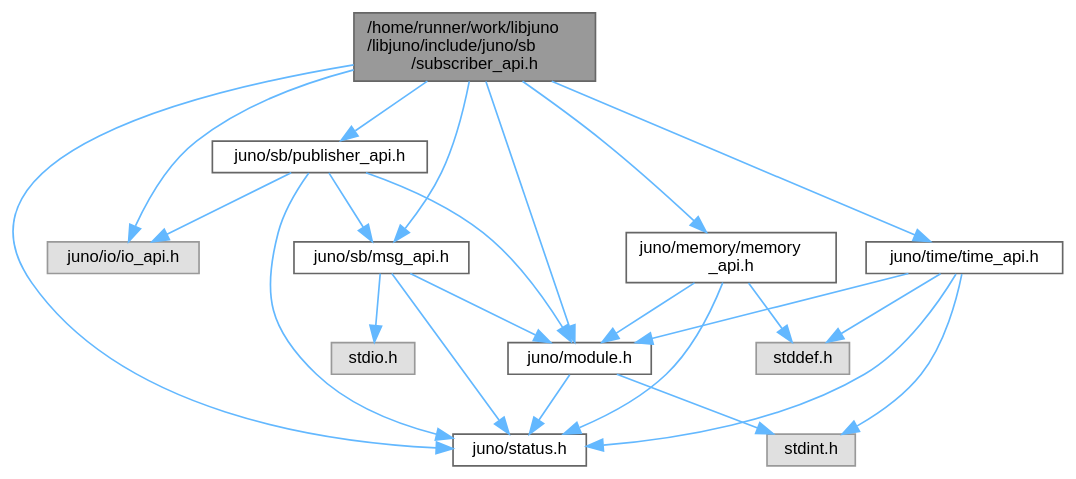
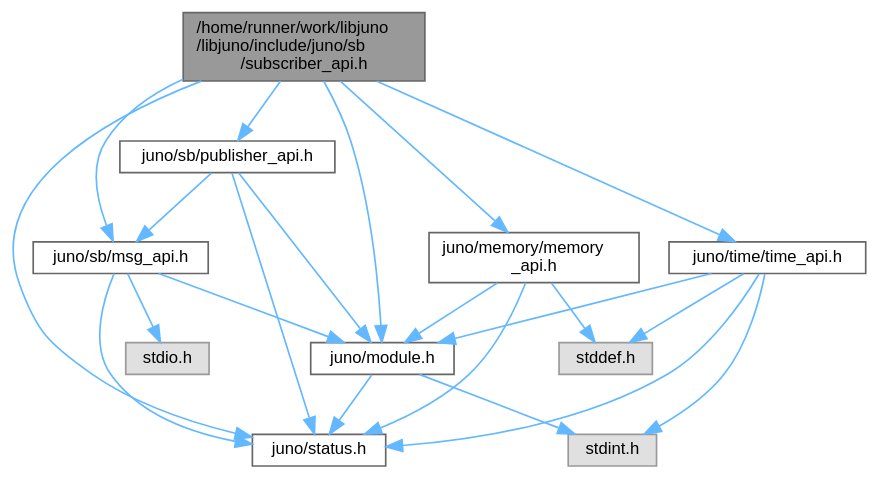
Before and after one commit to robinonsay/libjuno: the diagram in subscriber__api_8h__incl.dot, drawn with Graphviz. The commit also changed 199 other files, not shown here.

```diff
--- a/subscriber__api_8h__incl.dot
+++ b/subscriber__api_8h__incl.dot
@@ -1,41 +1,38 @@
 digraph "/home/runner/work/libjuno/libjuno/include/juno/sb/subscriber_api.h"
 {
  // LATEX_PDF_SIZE
   bgcolor="transparent";
   edge [fontname=Helvetica,fontsize=10,labelfontname=Helvetica,labelfontsize=10];
   node [fontname=Helvetica,fontsize=10,shape=box,height=0.2,width=0.4];
   Node1 [id="Node000001",label="/home/runner/work/libjuno\l/libjuno/include/juno/sb\l/subscriber_api.h",height=0.2,width=0.4,color="gray40", fillcolor="grey60", style="filled", fontcolor="black",tooltip=" "];
   Node1 -> Node2 [id="edge1_Node000001_Node000002",color="steelblue1",style="solid",tooltip=" "];
-  Node2 [id="Node000002",label="juno/io/io_api.h",height=0.2,width=0.4,color="grey60", fillcolor="#E0E0E0", style="filled",tooltip=" "];
-  Node1 -> Node3 [id="edge2_Node000001_Node000003",color="steelblue1",style="solid",tooltip=" "];
-  Node3 [id="Node000003",label="juno/memory/memory\l_api.h",height=0.2,width=0.4,color="grey40", fillcolor="white", style="filled",URL="$memory__api_8h.html",tooltip=" "];
-  Node3 -> Node4 [id="edge3_Node000003_Node000004",color="steelblue1",style="solid",tooltip=" "];
-  Node4 [id="Node000004",label="juno/status.h",height=0.2,width=0.4,color="grey40", fillcolor="white", style="filled",URL="$status_8h.html",tooltip=" "];
-  Node3 -> Node5 [id="edge4_Node000003_Node000005",color="steelblue1",style="solid",tooltip=" "];
-  Node5 [id="Node000005",label="juno/module.h",height=0.2,width=0.4,color="grey40", fillcolor="white", style="filled",URL="$module_8h.html",tooltip=" "];
-  Node5 -> Node4 [id="edge5_Node000005_Node000004",color="steelblue1",style="solid",tooltip=" "];
-  Node5 -> Node6 [id="edge6_Node000005_Node000006",color="steelblue1",style="solid",tooltip=" "];
-  Node6 [id="Node000006",label="stdint.h",height=0.2,width=0.4,color="grey60", fillcolor="#E0E0E0", style="filled",tooltip=" "];
-  Node3 -> Node7 [id="edge7_Node000003_Node000007",color="steelblue1",style="solid",tooltip=" "];
-  Node7 [id="Node000007",label="stddef.h",height=0.2,width=0.4,color="grey60", fillcolor="#E0E0E0", style="filled",tooltip=" "];
-  Node1 -> Node8 [id="edge8_Node000001_Node000008",color="steelblue1",style="solid",tooltip=" "];
-  Node8 [id="Node000008",label="juno/sb/msg_api.h",height=0.2,width=0.4,color="grey40", fillcolor="white", style="filled",URL="$msg__api_8h.html",tooltip=" "];
-  Node8 -> Node4 [id="edge9_Node000008_Node000004",color="steelblue1",style="solid",tooltip=" "];
-  Node8 -> Node5 [id="edge10_Node000008_Node000005",color="steelblue1",style="solid",tooltip=" "];
-  Node8 -> Node9 [id="edge11_Node000008_Node000009",color="steelblue1",style="solid",tooltip=" "];
-  Node9 [id="Node000009",label="stdio.h",height=0.2,width=0.4,color="grey60", fillcolor="#E0E0E0", style="filled",tooltip=" "];
-  Node1 -> Node10 [id="edge12_Node000001_Node000010",color="steelblue1",style="solid",tooltip=" "];
-  Node10 [id="Node000010",label="juno/sb/publisher_api.h",height=0.2,width=0.4,color="grey40", fillcolor="white", style="filled",URL="$publisher__api_8h.html",tooltip=" "];
-  Node10 -> Node2 [id="edge13_Node000010_Node000002",color="steelblue1",style="solid",tooltip=" "];
-  Node10 -> Node8 [id="edge14_Node000010_Node000008",color="steelblue1",style="solid",tooltip=" "];
-  Node10 -> Node4 [id="edge15_Node000010_Node000004",color="steelblue1",style="solid",tooltip=" "];
-  Node10 -> Node5 [id="edge16_Node000010_Node000005",color="steelblue1",style="solid",tooltip=" "];
-  Node1 -> Node4 [id="edge17_Node000001_Node000004",color="steelblue1",style="solid",tooltip=" "];
-  Node1 -> Node5 [id="edge18_Node000001_Node000005",color="steelblue1",style="solid",tooltip=" "];
-  Node1 -> Node11 [id="edge19_Node000001_Node000011",color="steelblue1",style="solid",tooltip=" "];
-  Node11 [id="Node000011",label="juno/time/time_api.h",height=0.2,width=0.4,color="grey40", fillcolor="white", style="filled",URL="$time__api_8h.html",tooltip=" "];
-  Node11 -> Node4 [id="edge20_Node000011_Node000004",color="steelblue1",style="solid",tooltip=" "];
-  Node11 -> Node5 [id="edge21_Node000011_Node000005",color="steelblue1",style="solid",tooltip=" "];
-  Node11 -> Node7 [id="edge22_Node000011_Node000007",color="steelblue1",style="solid",tooltip=" "];
-  Node11 -> Node6 [id="edge23_Node000011_Node000006",color="steelblue1",style="solid",tooltip=" "];
+  Node2 [id="Node000002",label="juno/memory/memory\l_api.h",height=0.2,width=0.4,color="grey40", fillcolor="white", style="filled",URL="$memory__api_8h.html",tooltip=" "];
+  Node2 -> Node3 [id="edge2_Node000002_Node000003",color="steelblue1",style="solid",tooltip=" "];
+  Node3 [id="Node000003",label="juno/status.h",height=0.2,width=0.4,color="grey40", fillcolor="white", style="filled",URL="$status_8h.html",tooltip=" "];
+  Node2 -> Node4 [id="edge3_Node000002_Node000004",color="steelblue1",style="solid",tooltip=" "];
+  Node4 [id="Node000004",label="juno/module.h",height=0.2,width=0.4,color="grey40", fillcolor="white", style="filled",URL="$module_8h.html",tooltip=" "];
+  Node4 -> Node3 [id="edge4_Node000004_Node000003",color="steelblue1",style="solid",tooltip=" "];
+  Node4 -> Node5 [id="edge5_Node000004_Node000005",color="steelblue1",style="solid",tooltip=" "];
+  Node5 [id="Node000005",label="stdint.h",height=0.2,width=0.4,color="grey60", fillcolor="#E0E0E0", style="filled",tooltip=" "];
+  Node2 -> Node6 [id="edge6_Node000002_Node000006",color="steelblue1",style="solid",tooltip=" "];
+  Node6 [id="Node000006",label="stddef.h",height=0.2,width=0.4,color="grey60", fillcolor="#E0E0E0", style="filled",tooltip=" "];
+  Node1 -> Node7 [id="edge7_Node000001_Node000007",color="steelblue1",style="solid",tooltip=" "];
+  Node7 [id="Node000007",label="juno/sb/msg_api.h",height=0.2,width=0.4,color="grey40", fillcolor="white", style="filled",URL="$msg__api_8h.html",tooltip=" "];
+  Node7 -> Node3 [id="edge8_Node000007_Node000003",color="steelblue1",style="solid",tooltip=" "];
+  Node7 -> Node4 [id="edge9_Node000007_Node000004",color="steelblue1",style="solid",tooltip=" "];
+  Node7 -> Node8 [id="edge10_Node000007_Node000008",color="steelblue1",style="solid",tooltip=" "];
+  Node8 [id="Node000008",label="stdio.h",height=0.2,width=0.4,color="grey60", fillcolor="#E0E0E0", style="filled",tooltip=" "];
+  Node1 -> Node9 [id="edge11_Node000001_Node000009",color="steelblue1",style="solid",tooltip=" "];
+  Node9 [id="Node000009",label="juno/sb/publisher_api.h",height=0.2,width=0.4,color="grey40", fillcolor="white", style="filled",URL="$publisher__api_8h.html",tooltip=" "];
+  Node9 -> Node7 [id="edge12_Node000009_Node000007",color="steelblue1",style="solid",tooltip=" "];
+  Node9 -> Node3 [id="edge13_Node000009_Node000003",color="steelblue1",style="solid",tooltip=" "];
+  Node9 -> Node4 [id="edge14_Node000009_Node000004",color="steelblue1",style="solid",tooltip=" "];
+  Node1 -> Node3 [id="edge15_Node000001_Node000003",color="steelblue1",style="solid",tooltip=" "];
+  Node1 -> Node4 [id="edge16_Node000001_Node000004",color="steelblue1",style="solid",tooltip=" "];
+  Node1 -> Node10 [id="edge17_Node000001_Node000010",color="steelblue1",style="solid",tooltip=" "];
+  Node10 [id="Node000010",label="juno/time/time_api.h",height=0.2,width=0.4,color="grey40", fillcolor="white", style="filled",URL="$time__api_8h.html",tooltip=" "];
+  Node10 -> Node3 [id="edge18_Node000010_Node000003",color="steelblue1",style="solid",tooltip=" "];
+  Node10 -> Node4 [id="edge19_Node000010_Node000004",color="steelblue1",style="solid",tooltip=" "];
+  Node10 -> Node6 [id="edge20_Node000010_Node000006",color="steelblue1",style="solid",tooltip=" "];
+  Node10 -> Node5 [id="edge21_Node000010_Node000005",color="steelblue1",style="solid",tooltip=" "];
 }
```
